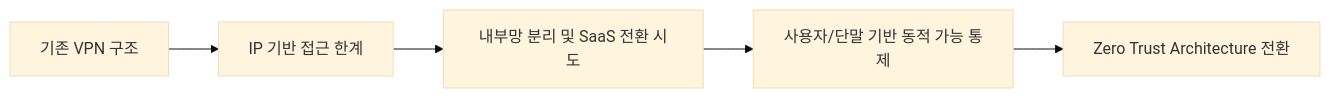
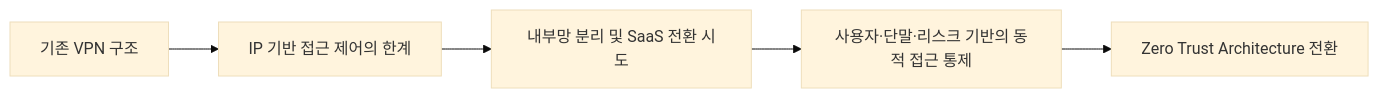
Before and after one commit to qubitsec/blog: the diagram in content/ko/column/why_sslvpn_always_fails.md, drawn with Mermaid (base theme). The commit also changed other lines of this file, not shown here.

````diff
--- a/content/ko/column/why_sslvpn_always_fails.md
+++ b/content/ko/column/why_sslvpn_always_fails.md
@@ -167,7 +173,7 @@
 ```mermaid
 graph LR
-A[기존 VPN 구조] --> B[IP 기반 접근 한계]
+A[기존 VPN 구조] --> B[IP 기반 접근 제어의 한계]
 B --> C[내부망 분리 및 SaaS 전환 시도]
-C --> D[사용자/단말 기반 동적 가능 통제]
+C --> D[사용자·단말·리스크 기반의 동적 접근 통제]
 D --> E[Zero Trust Architecture 전환]
 ```
````
